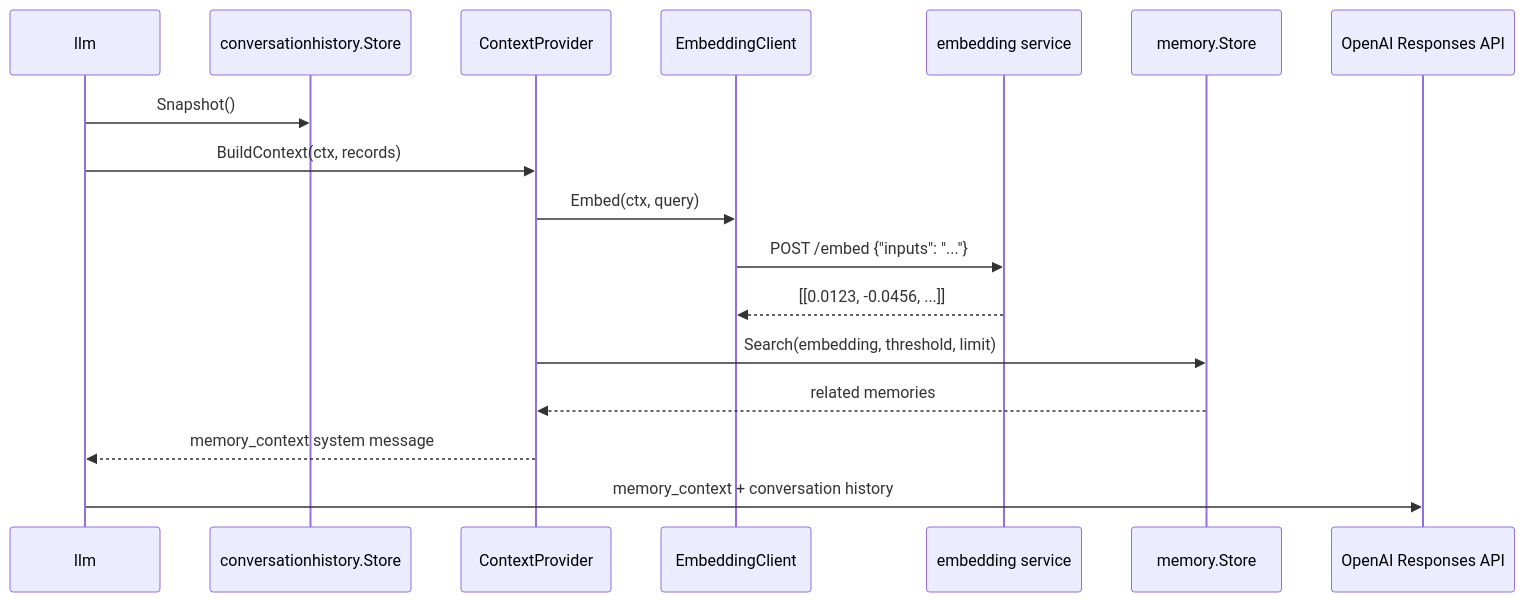
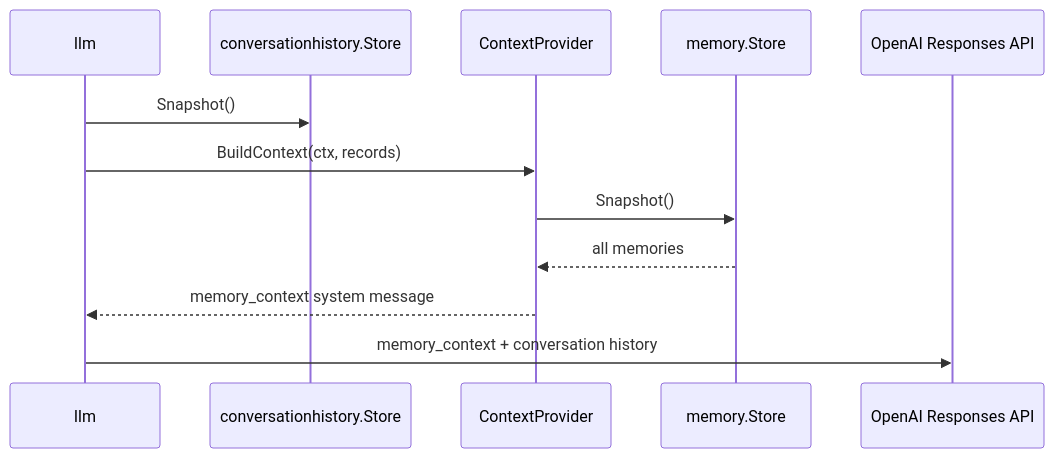
The second of 3 diagrams in docs/hooks/memory.md (tetetratra/smart-speaker), drawn with Mermaid before and after one commit. The commit also changed other lines of this file and 11 other files, not shown here.

````diff
--- a/docs/hooks/memory.md
+++ b/docs/hooks/memory.md
@@ -109,20 +108,15 @@
 ```mermaid
 sequenceDiagram
     participant LLM as llm
     participant Hist as conversationhistory.Store
     participant Provider as ContextProvider
-    participant Client as EmbeddingClient
-    participant TEI as embedding service
     participant Store as memory.Store
     participant OpenAI as OpenAI Responses API
 
     LLM->>Hist: Snapshot()
     LLM->>Provider: BuildContext(ctx, records)
-    Provider->>Client: Embed(ctx, query)
-    Client->>TEI: POST /embed {"inputs": "..."}
-    TEI-->>Client: [[0.0123, -0.0456, ...]]
-    Provider->>Store: Search(embedding, threshold, limit)
-    Store-->>Provider: related memories
+    Provider->>Store: Snapshot()
+    Store-->>Provider: all memories
     Provider-->>LLM: memory_context system message
     LLM->>OpenAI: memory_context + conversation history
 ```
````
